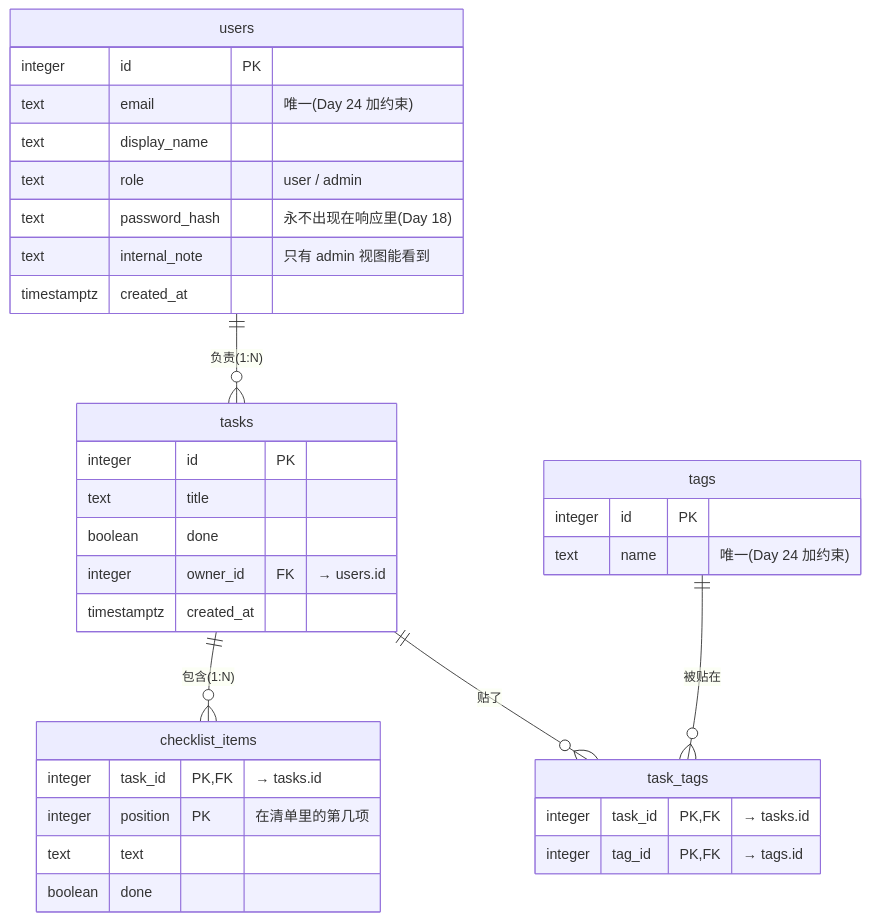
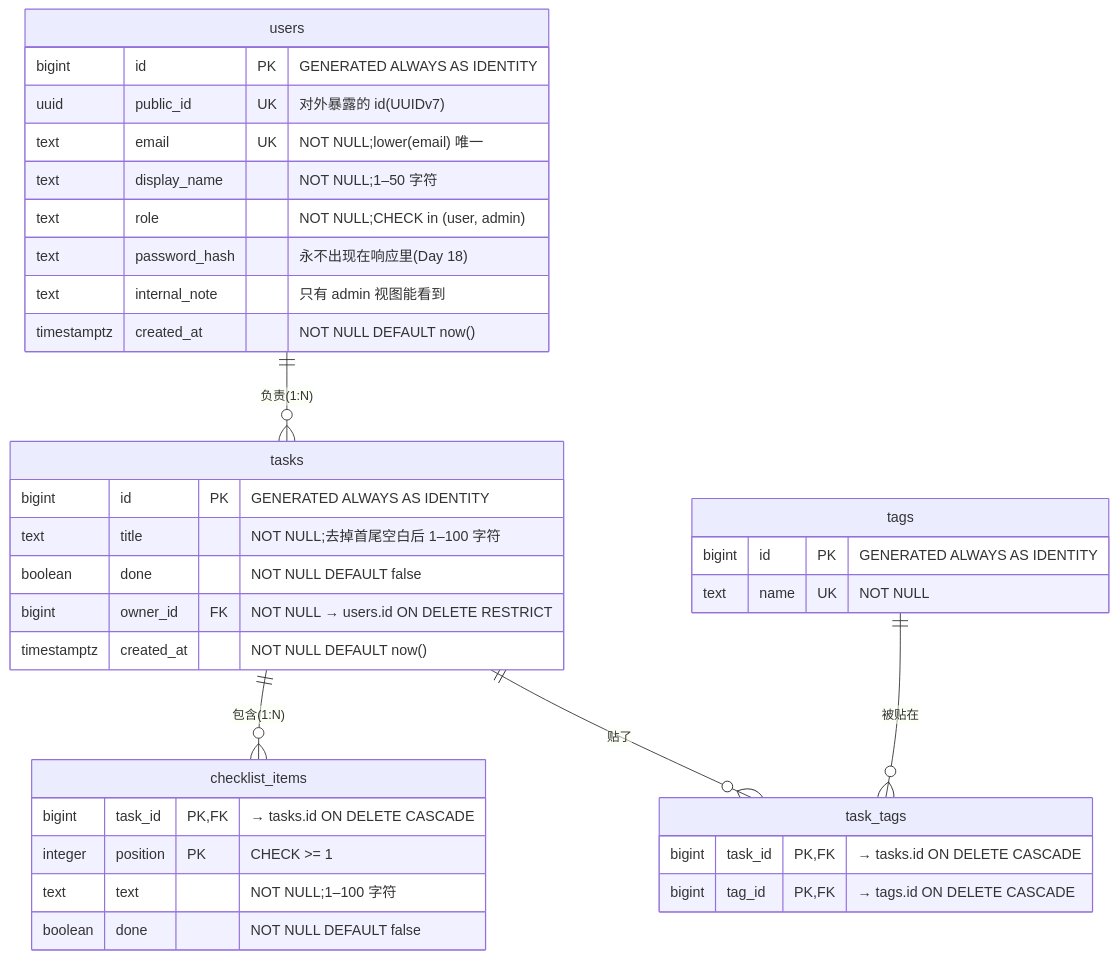
One commit to DavidQinqianWu/365_fullstack changed the diagram in nest-lab/docs/er-diagram.md. Above: the diagram before and after it, drawn with Mermaid. The commit also changed other lines of this file and 14 other files, not shown here.

````diff
--- a/nest-lab/docs/er-diagram.md
+++ b/nest-lab/docs/er-diagram.md
@@ -8,38 +8,39 @@
 ```mermaid
 erDiagram
     users ||--o{ tasks : "负责(1:N)"
     tasks ||--o{ checklist_items : "包含(1:N)"
     tasks ||--o{ task_tags : "贴了"
     tags  ||--o{ task_tags : "被贴在"
 
     users {
-        integer id PK
-        text email "唯一(Day 24 加约束)"
-        text display_name
-        text role "user / admin"
+        bigint id PK "GENERATED ALWAYS AS IDENTITY"
+        uuid public_id UK "对外暴露的 id(UUIDv7)"
+        text email UK "NOT NULL;lower(email) 唯一"
+        text display_name "NOT NULL;1–50 字符"
+        text role "NOT NULL;CHECK in (user, admin)"
         text password_hash "永不出现在响应里(Day 18)"
         text internal_note "只有 admin 视图能看到"
-        timestamptz created_at
+        timestamptz created_at "NOT NULL DEFAULT now()"
     }
     tasks {
-        integer id PK
-        text title
-        boolean done
-        integer owner_id FK "→ users.id"
-        timestamptz created_at
+        bigint id PK "GENERATED ALWAYS AS IDENTITY"
+        text title "NOT NULL;去掉首尾空白后 1–100 字符"
+        boolean done "NOT NULL DEFAULT false"
+        bigint owner_id FK "NOT NULL → users.id ON DELETE RESTRICT"
+        timestamptz created_at "NOT NULL DEFAULT now()"
     }
     checklist_items {
-        integer task_id PK, FK "→ tasks.id"
-        integer position PK "在清单里的第几项"
-        text text
-        boolean done
+        bigint task_id PK, FK "→ tasks.id ON DELETE CASCADE"
+        integer position PK "CHECK >= 1"
+        text text "NOT NULL;1–100 字符"
+        boolean done "NOT NULL DEFAULT false"
     }
     tags {
-        integer id PK
-        text name "唯一(Day 24 加约束)"
+        bigint id PK "GENERATED ALWAYS AS IDENTITY"
+        text name UK "NOT NULL"
     }
     task_tags {
-        integer task_id PK, FK "→ tasks.id"
-        integer tag_id PK, FK "→ tags.id"
+        bigint task_id PK, FK "→ tasks.id ON DELETE CASCADE"
+        bigint tag_id PK, FK "→ tags.id ON DELETE CASCADE"
     }
 ```
````
